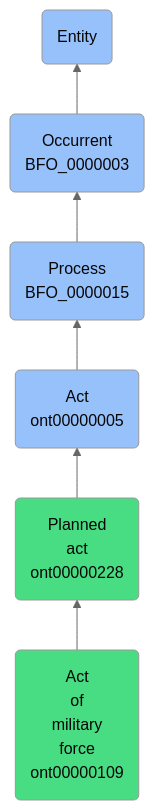
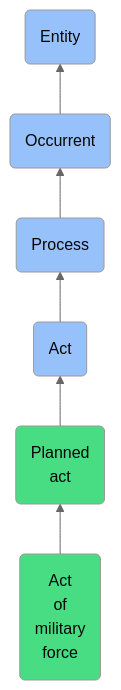
One commit to jupyter-naas/abi changed the diagram in docs/ontology/reference/model/Entity/Occurrent/Process/Act/Planned act/Act of military force/Act of military force.md. Above: the diagram before and after it, drawn with Mermaid (neutral theme). The commit also changed other lines of this file and 1430 other files, not shown here.

````diff
--- a/docs/ontology/reference/model/Entity/Occurrent/Process/Act/Planned act/Act of military force/Act of military force.md
+++ b/docs/ontology/reference/model/Entity/Occurrent/Process/Act/Planned act/Act of military force/Act of military force.md
@@ -24,13 +24,13 @@
 ```mermaid
 graph BT
-    ont00000109(Act<br>of<br>military<br>force<br>ont00000109):::ABI-->ont00000228
-    ont00000228(Planned<br>act<br>ont00000228):::ABI-->ont00000005
-    ont00000005(Act<br>ont00000005):::BFO-->BFO_0000015
-    BFO_0000015(Process<br>BFO_0000015):::BFO-->BFO_0000003
-    BFO_0000003(Occurrent<br>BFO_0000003):::BFO-->BFO_0000001
+    ont00000109(Act<br>of<br>military<br>force):::ABI-->ont00000228
+    ont00000228(Planned<br>act):::ABI-->ont00000005
+    ont00000005(Act):::BFO-->BFO_0000015
+    BFO_0000015(Process):::BFO-->BFO_0000003
+    BFO_0000003(Occurrent):::BFO-->BFO_0000001
     BFO_0000001(Entity):::BFO
     
     classDef BFO fill:#97c1fb,color:#060606
     classDef CCO fill:#e4c51e,color:#060606
     classDef ABI fill:#48DD82,color:#060606
 ```
````
